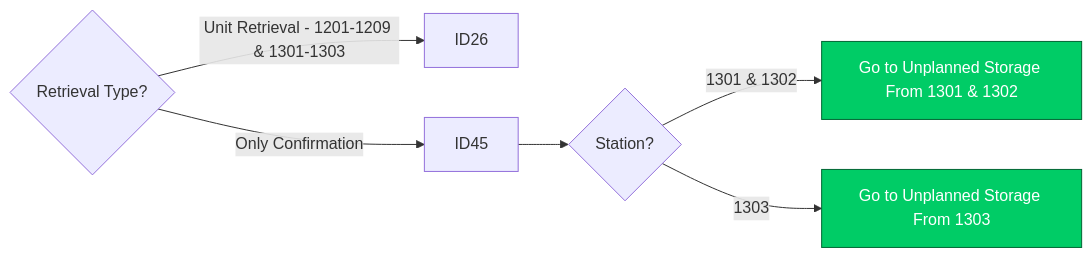
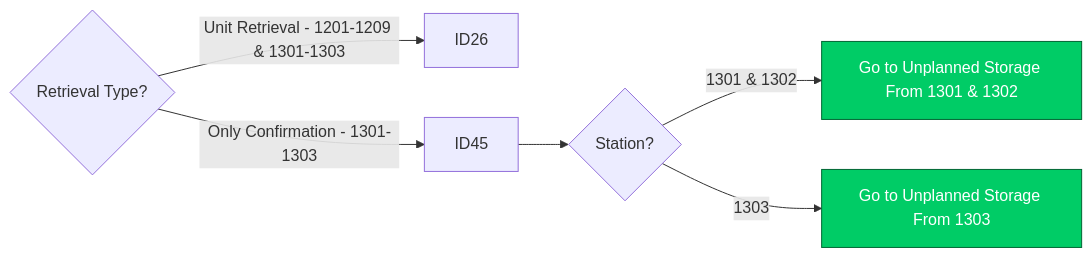
The fourth of 16 diagrams in Basic-Design/DFD-WMS/Retrieval/Specific-Location-Retrieval-Setting.md (luthfiadityaa/SimeDarby-Wiki), drawn with Mermaid before and after one commit.

Commit message:
Updated Specific Location Retrieval Setting

```diff
--- a/Basic-Design/DFD-WMS/Retrieval/Specific-Location-Retrieval-Setting.md
+++ b/Basic-Design/DFD-WMS/Retrieval/Specific-Location-Retrieval-Setting.md
@@ -31,12 +31,12 @@
 ::: mermaid
 flowchart LR
 Cond2{Retrieval Type?}--> |Unit Retrieval - 1201-1209 & 1301-1303| P13[ID26]
-Cond2{Retrieval Type?}--> |Only Confirmation| P14[ID45]-->Cond3{Station?}
+Cond2{Retrieval Type?}--> |Only Confirmation - 1301-1303| P14[ID45]-->Cond3{Station?}
 Cond3{Station?}-->|1301 & 1302| P15[Go to Unplanned Storage From 1301 & 1302]
 Cond3{Station?}-->|1303| P16[Go to Unplanned Storage From 1303] 
 
 click P15 "https://dev.azure.com/Daifuku-SW/ID_SimeDarbyPlantation/_wiki/wikis/ID_SimeDarbyPlantation.wiki/948/Unplanned-Storage-from-HP" "Go to HP"
 click P16 "https://dev.azure.com/Daifuku-SW/ID_SimeDarbyPlantation/_wiki/wikis/ID_SimeDarbyPlantation.wiki/880/Unplanned-Storage-from-OP-Area" "Go to OP"
 style P15 fill:#00cc66,stroke:#006633,color:#ffffff
 style P16 fill:#00cc66,stroke:#006633,color:#ffffff
 :::
```
